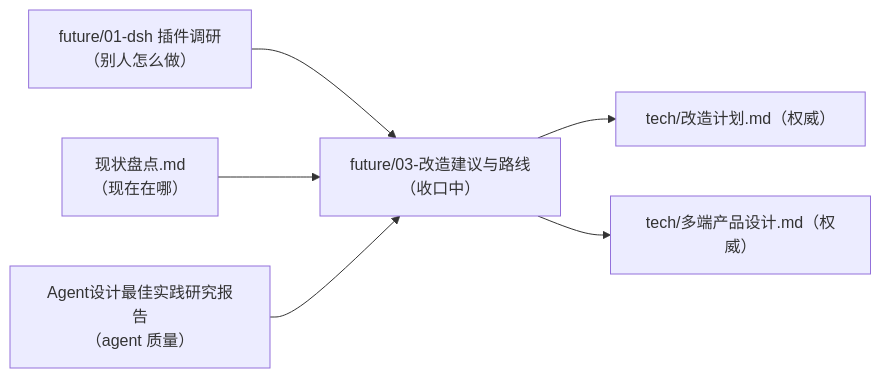
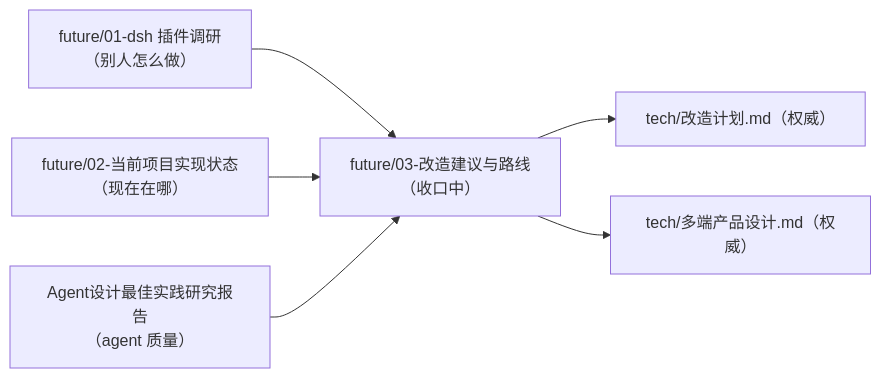
Before and after one commit to IsKenKenYa/KenFutWork: the diagram in docs/README.md, drawn with Mermaid. The commit also changed other lines of this file and 4 other files, not shown here.

First line of the commit message:
docs: 恢复 future/02-当前项目实现状态.md 原路径

````diff
--- a/docs/README.md
+++ b/docs/README.md
@@ -7,8 +7,8 @@
 ```mermaid
 graph LR
     D01["future/01-dsh 插件调研<br/>（别人怎么做）"] --> D03["future/03-改造建议与路线<br/>（收口中）"]
-    SNAP["现状盘点.md<br/>（现在在哪）"] --> D03
+    SNAP["future/02-当前项目实现状态<br/>（现在在哪）"] --> D03
     AGENT["Agent设计最佳实践研究报告<br/>（agent 质量）"] --> D03
     D03 --> PLAN["tech/改造计划.md（权威）"]
     D03 --> MULTI["tech/多端产品设计.md（权威）"]
 ```
````
